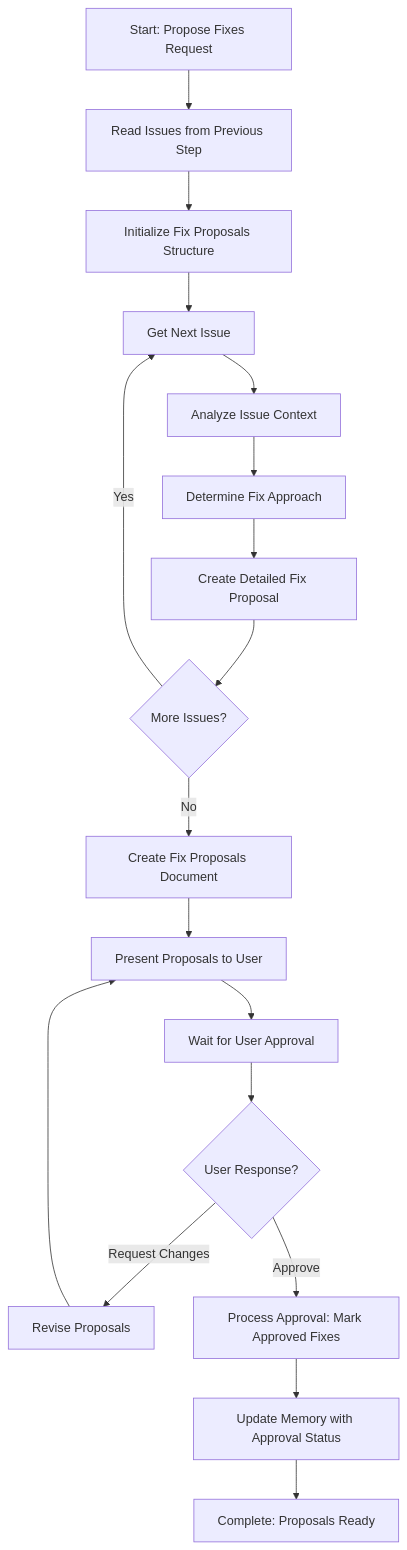
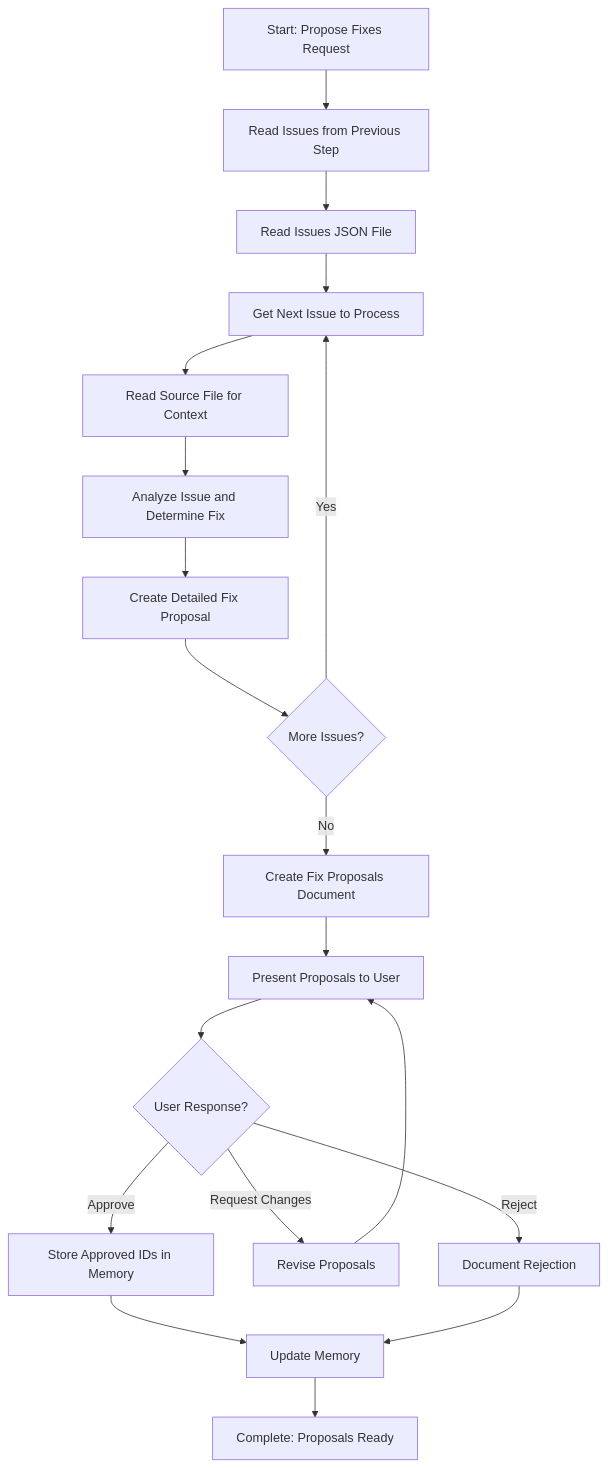
One commit to HMTools/agentic-processes changed the diagram in .processes/steps/investigation/propose-fixes.md. Above: the diagram before and after it, drawn with Mermaid. The commit also changed other lines of this file and 73 other files, not shown here.

````diff
--- a/.processes/steps/investigation/propose-fixes.md
+++ b/.processes/steps/investigation/propose-fixes.md
@@ -102,20 +97,21 @@
 ```mermaid
 flowchart TD
     A[Start: Propose Fixes Request] --> B[Read Issues from Previous Step]
-    B --> C[Initialize Fix Proposals Structure]
-    C --> D[Get Next Issue]
-    D --> E[Analyze Issue Context]
-    E --> F[Determine Fix Approach]
+    B --> C[Read Issues JSON File]
+    C --> D[Get Next Issue to Process]
+    D --> E[Read Source File for Context]
+    E --> F[Analyze Issue and Determine Fix]
     F --> G[Create Detailed Fix Proposal]
     G --> H{More Issues?}
     H -->|Yes| D
     H -->|No| I[Create Fix Proposals Document]
     I --> J[Present Proposals to User]
-    J --> K[Wait for User Approval]
-    K --> L{User Response?}
-    L -->|Request Changes| M[Revise Proposals]
+    J --> K{User Response?}
+    K -->|Approve| L[Store Approved IDs in Memory]
+    K -->|Request Changes| M[Revise Proposals]
     M --> J
-    L -->|Approve| N[Process Approval: Mark Approved Fixes]
-    N --> O[Update Memory with Approval Status]
+    K -->|Reject| N[Document Rejection]
+    L --> O[Update Memory]
+    N --> O
     O --> P[Complete: Proposals Ready]
 ```
````
